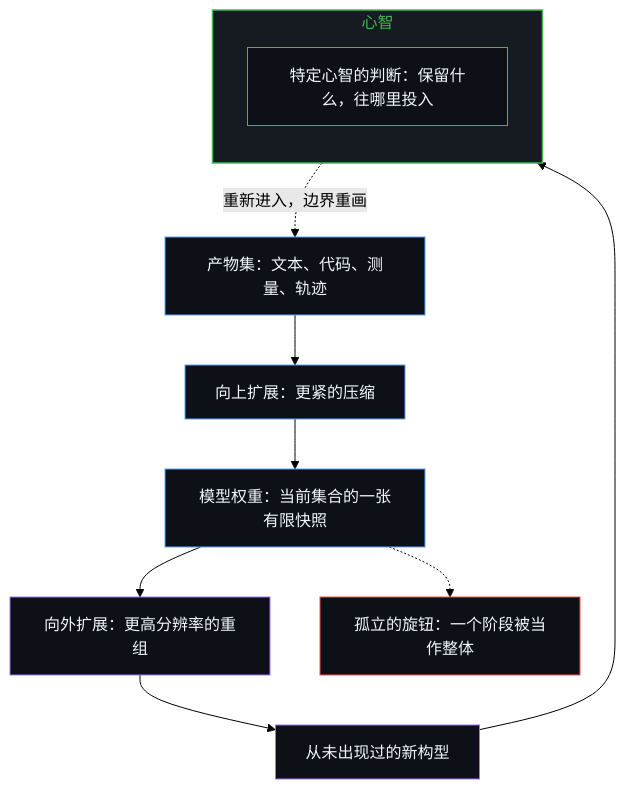
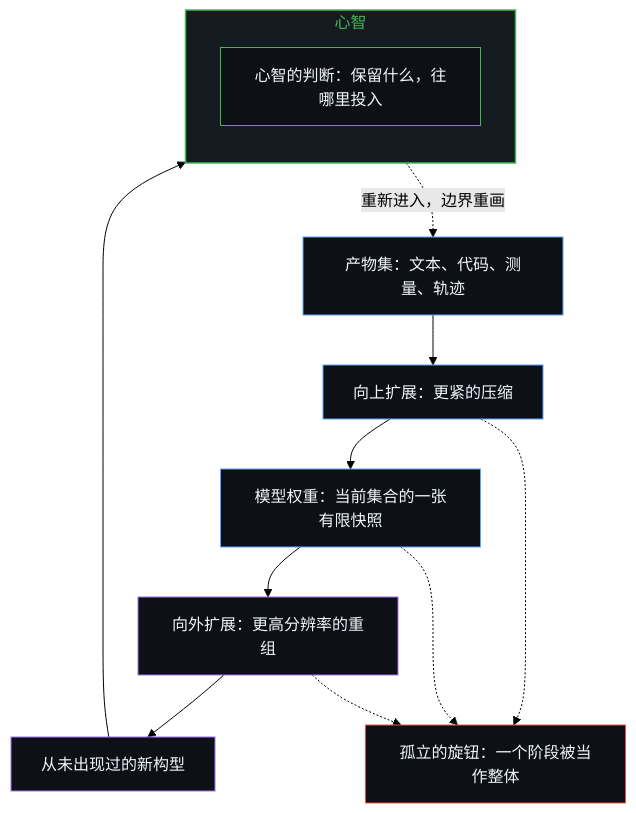
One commit to powerpig99/not-a-toe changed the first of 2 diagrams in content/posts/the-scaling-loop.md. Above: the diagram before and after it, drawn with Mermaid (forest theme). The commit also changed other lines of this file and 2 other files, not shown here.

````diff
--- a/content/posts/the-scaling-loop.md
+++ b/content/posts/the-scaling-loop.md
@@ -47,24 +47,26 @@
 ```mermaid
 flowchart TD
     A["产物集：文本、代码、测量、轨迹"]
     U["向上扩展：更紧的压缩"]
     W["模型权重：当前集合的一张有限快照"]
     O["向外扩展：更高分辨率的重组"]
     N["从未出现过的新构型"]
     subgraph S_Mind["心智"]
         direction TB
-        J["特定心智的判断：保留什么，往哪里投入"]
+        J["心智的判断：保留什么，往哪里投入"]
     end
     F["孤立的旋钮：一个阶段被当作整体"]
     A --> U --> W --> O --> N --> J
     J -.->|"重新进入，边界重画"| A
+    U -.-> F
     W -.-> F
+    O -.-> F
     style S_Mind fill:#161b22,stroke:#3fb950,stroke-width:1.5px,color:#3fb950
     style A fill:#0d1117,stroke:#58a6ff,stroke-width:1px,color:#f0f6fc
     style U fill:#0d1117,stroke:#58a6ff,stroke-width:1px,color:#f0f6fc
     style W fill:#0d1117,stroke:#58a6ff,stroke-width:1px,color:#f0f6fc
     style O fill:#0d1117,stroke:#a371f7,stroke-width:1px,color:#f0f6fc
     style N fill:#0d1117,stroke:#a371f7,stroke-width:1px,color:#f0f6fc
     style J fill:#0d1117,stroke:#3fb950,stroke-width:1px,color:#f0f6fc
     style F fill:#0d1117,stroke:#f85149,stroke-width:1px,color:#f0f6fc
 ```
````
